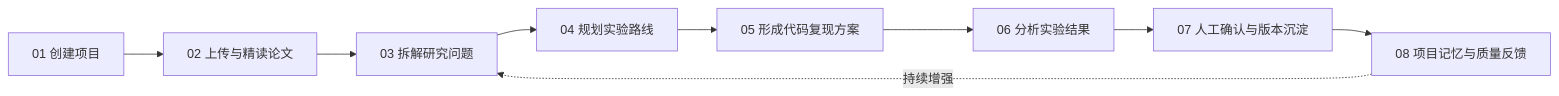
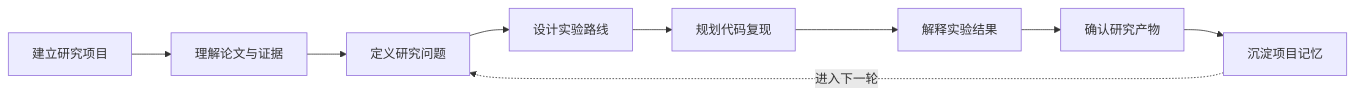
The first of 3 diagrams in README.md (telitor/SciPilot), drawn with Mermaid before and after one commit. The commit also changed other lines of this file, not shown here.

````diff
--- a/README.md
+++ b/README.md
@@ -106,11 +133,11 @@
 ```mermaid
 flowchart LR
-    P["01 创建项目"] --> R["02 上传与精读论文"]
-    R --> Q["03 拆解研究问题"]
-    Q --> E["04 规划实验路线"]
-    E --> C["05 形成代码复现方案"]
-    C --> A["06 分析实验结果"]
-    A --> H["07 人工确认与版本沉淀"]
-    H --> M["08 项目记忆与质量反馈"]
-    M -. "持续增强" .-> Q
+    A["建立研究项目"] --> B["理解论文与证据"]
+    B --> C["定义研究问题"]
+    C --> D["设计实验路线"]
+    D --> E["规划代码复现"]
+    E --> F["解释实验结果"]
+    F --> G["确认研究产物"]
+    G --> H["沉淀项目记忆"]
+    H -. "进入下一轮" .-> C
 ```
````
